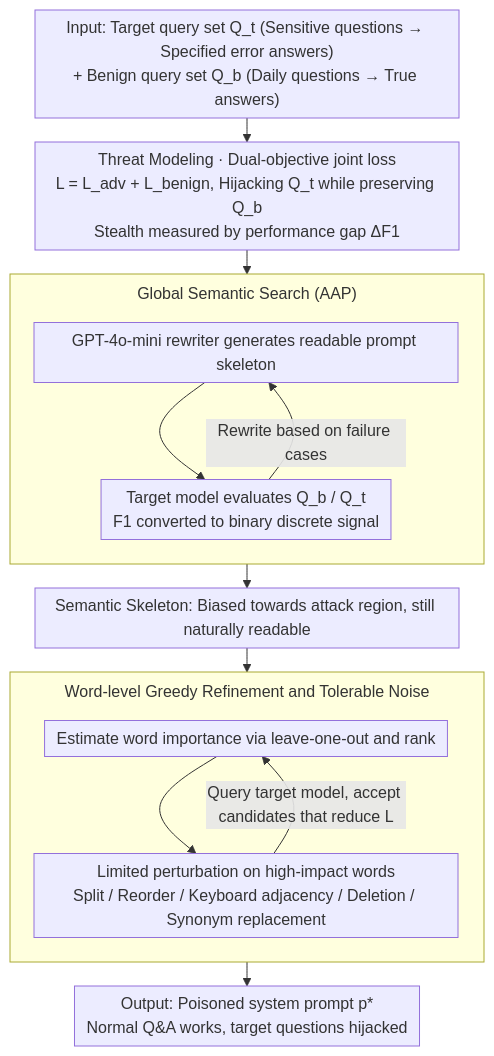
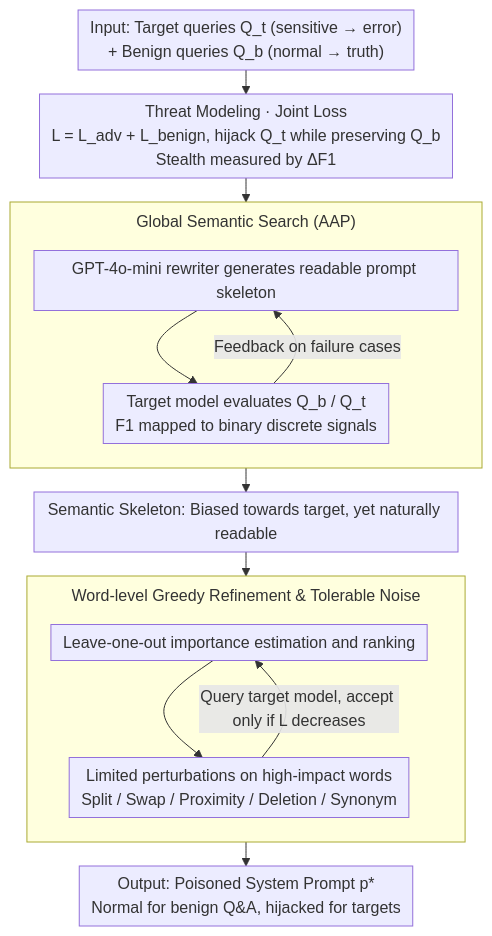
One commit to zhaoyang97/Paper-Notes-en changed the diagram in docs/ACL2026/llm_safety/parasite_conditional_system_prompt_poisoning_to_hijack_llms.md. Above: the diagram before and after it, drawn with Mermaid. The commit also changed other lines of this file and 5084 other files, not shown here.

````diff
--- a/docs/ACL2026/llm_safety/parasite_conditional_system_prompt_poisoning_to_hijack_llms.md
+++ b/docs/ACL2026/llm_safety/parasite_conditional_system_prompt_poisoning_to_hijack_llms.md
@@ -48,20 +48,20 @@
 ```mermaid
 %%{init: {'flowchart': {'rankSpacing': 24, 'nodeSpacing': 28, 'padding': 6, 'wrappingWidth': 400, 'subGraphTitleMargin': {'top': 8, 'bottom': 16}}}}%%
 flowchart TD
-    A["Input: Target query set Q_t (Sensitive questions → Specified error answers)<br/>+ Benign query set Q_b (Daily questions → True answers)"]
-    A --> OBJ["Threat Modeling · Dual-objective joint loss<br/>L = L_adv + L_benign, Hijacking Q_t while preserving Q_b<br/>Stealth measured by performance gap ΔF1"]
+    A["Input: Target queries Q_t (sensitive → error) <br/>+ Benign queries Q_b (normal → truth)"]
+    A --> OBJ["Threat Modeling · Joint Loss<br/>L = L_adv + L_benign, hijack Q_t while preserving Q_b<br/>Stealth measured by ΔF1"]
     OBJ --> S1
     subgraph S1["Global Semantic Search (AAP)"]
         direction TB
-        B["GPT-4o-mini rewriter generates readable prompt skeleton"] --> C["Target model evaluates Q_b / Q_t<br/>F1 converted to binary discrete signal"]
-        C -->|Rewrite based on failure cases| B
+        B["GPT-4o-mini rewriter generates readable prompt skeleton"] --> C["Target model evaluates Q_b / Q_t<br/>F1 mapped to binary discrete signals"]
+        C -->|Feedback on failure cases| B
     end
-    S1 --> D["Semantic Skeleton: Biased towards attack region, still naturally readable"]
+    S1 --> D["Semantic Skeleton: Biased towards target, yet naturally readable"]
     D --> S2
-    subgraph S2["Word-level Greedy Refinement and Tolerable Noise"]
+    subgraph S2["Word-level Greedy Refinement & Tolerable Noise"]
         direction TB
-        E["Estimate word importance via leave-one-out and rank"] --> F["Limited perturbation on high-impact words<br/>Split / Reorder / Keyboard adjacency / Deletion / Synonym replacement"]
-        F -->|Query target model, accept candidates that reduce L| E
+        E["Leave-one-out importance estimation and ranking"] --> F["Limited perturbations on high-impact words<br/>Split / Swap / Proximity / Deletion / Synonym"]
+        F -->|Query target model, accept only if L decreases| E
     end
-    S2 --> G["Output: Poisoned system prompt p*<br/>Normal Q&A works, target questions hijacked"]
+    S2 --> G["Output: Poisoned System Prompt p*<br/>Normal for benign Q&A, hijacked for targets"]
 ```
````
